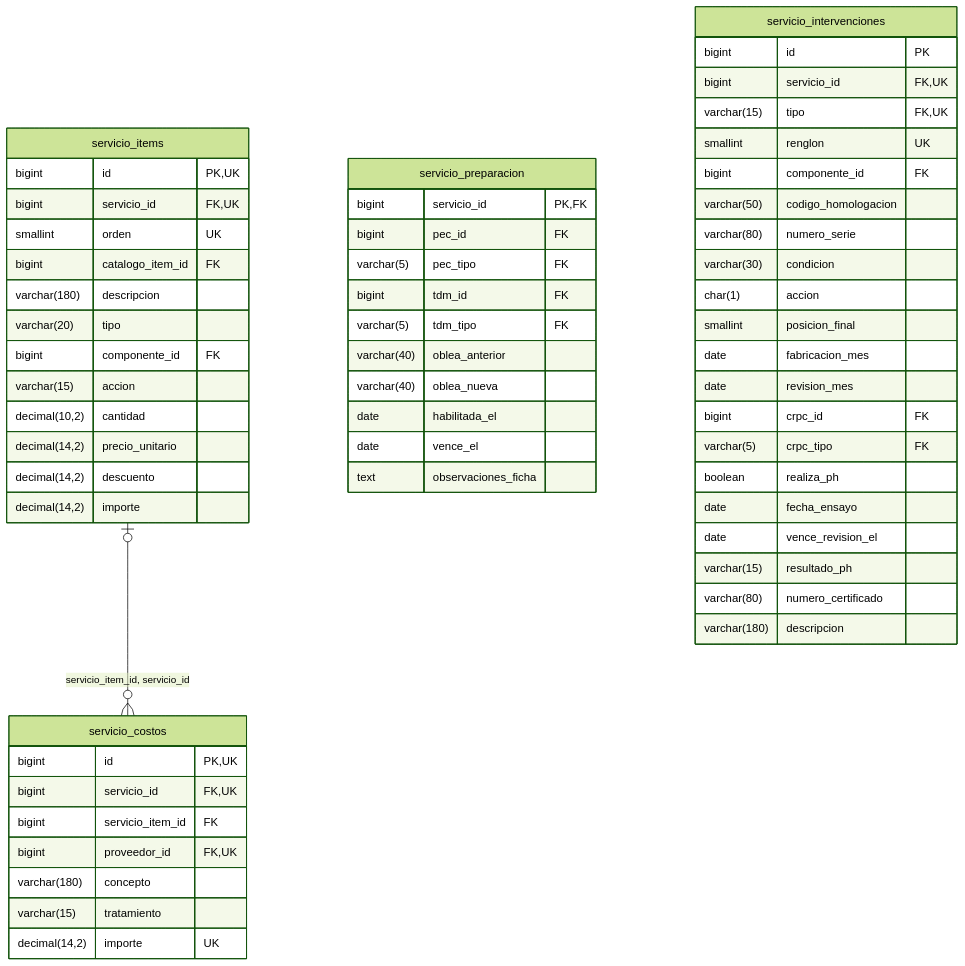
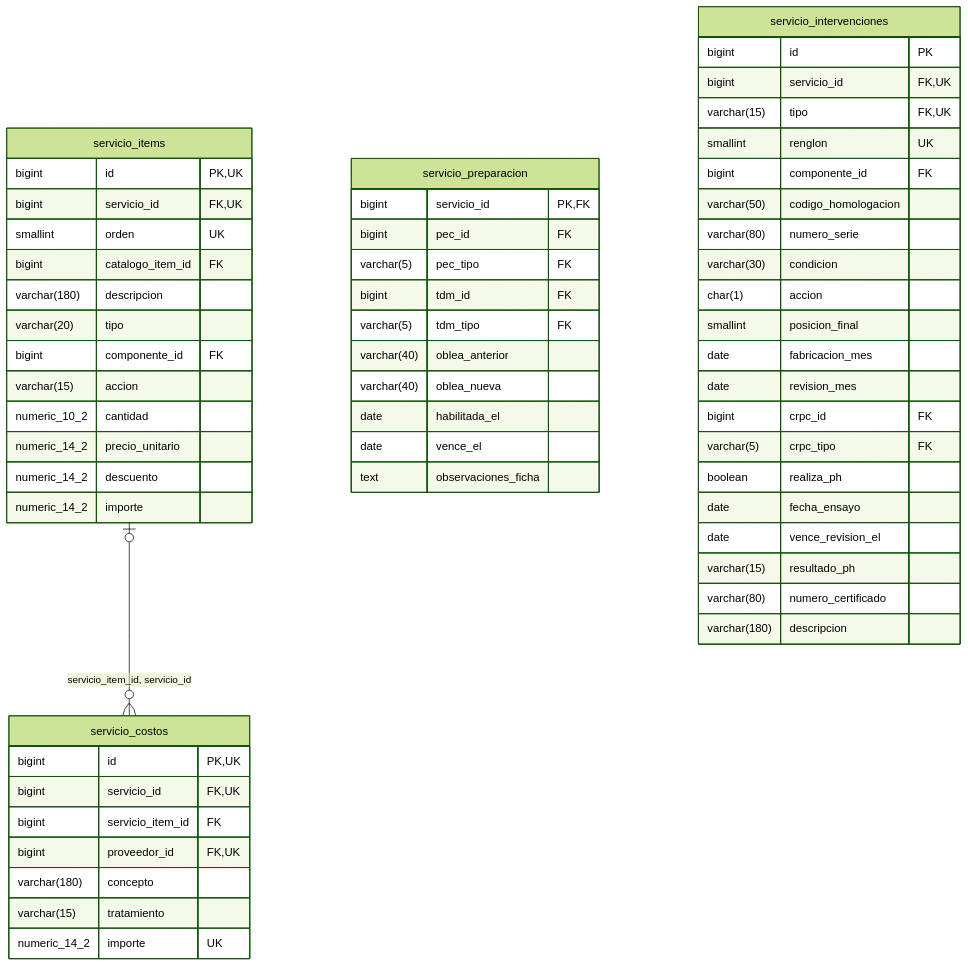
Before and after one commit to Falliot00/TRABAJO-FINAL-INTEGRADOR: the fifth of 11 diagrams in database/DIAGRAMA_ER.md, drawn with Mermaid (forest theme). The commit also changed other lines of this file and 5 other files, not shown here.

Commit message:
docs: corregir diagramas y verificar el diseño de segunda entrega

````diff
--- a/database/DIAGRAMA_ER.md
+++ b/database/DIAGRAMA_ER.md
@@ -237,62 +237,62 @@
 ```mermaid
 erDiagram
     direction TB
     servicio_items {
         bigint id PK, UK
         bigint servicio_id FK, UK
         smallint orden UK
         bigint catalogo_item_id FK
         varchar(180) descripcion
         varchar(20) tipo
         bigint componente_id FK
         varchar(15) accion
-        decimal(10,2) cantidad
-        decimal(14,2) precio_unitario
-        decimal(14,2) descuento
-        decimal(14,2) importe
+        numeric_10_2 cantidad
+        numeric_14_2 precio_unitario
+        numeric_14_2 descuento
+        numeric_14_2 importe
     }
     servicio_costos {
         bigint id PK, UK
         bigint servicio_id FK, UK
         bigint servicio_item_id FK
         bigint proveedor_id FK, UK
         varchar(180) concepto
         varchar(15) tratamiento
-        decimal(14,2) importe UK
+        numeric_14_2 importe UK
     }
     servicio_preparacion {
         bigint servicio_id PK, FK
         bigint pec_id FK
         varchar(5) pec_tipo FK
         bigint tdm_id FK
         varchar(5) tdm_tipo FK
         varchar(40) oblea_anterior
         varchar(40) oblea_nueva
         date habilitada_el
         date vence_el
         text observaciones_ficha
     }
     servicio_intervenciones {
         bigint id PK
         bigint servicio_id FK, UK
         varchar(15) tipo FK, UK
         smallint renglon UK
         bigint componente_id FK
         varchar(50) codigo_homologacion
         varchar(80) numero_serie
         varchar(30) condicion
         char(1) accion
         smallint posicion_final
         date fabricacion_mes
         date revision_mes
         bigint crpc_id FK
         varchar(5) crpc_tipo FK
         boolean realiza_ph
         date fecha_ensayo
         date vence_revision_el
         varchar(15) resultado_ph
         varchar(80) numero_certificado
         varchar(180) descripcion
     }
     servicio_items |o--o{ servicio_costos : "servicio_item_id, servicio_id"
 ```
````
